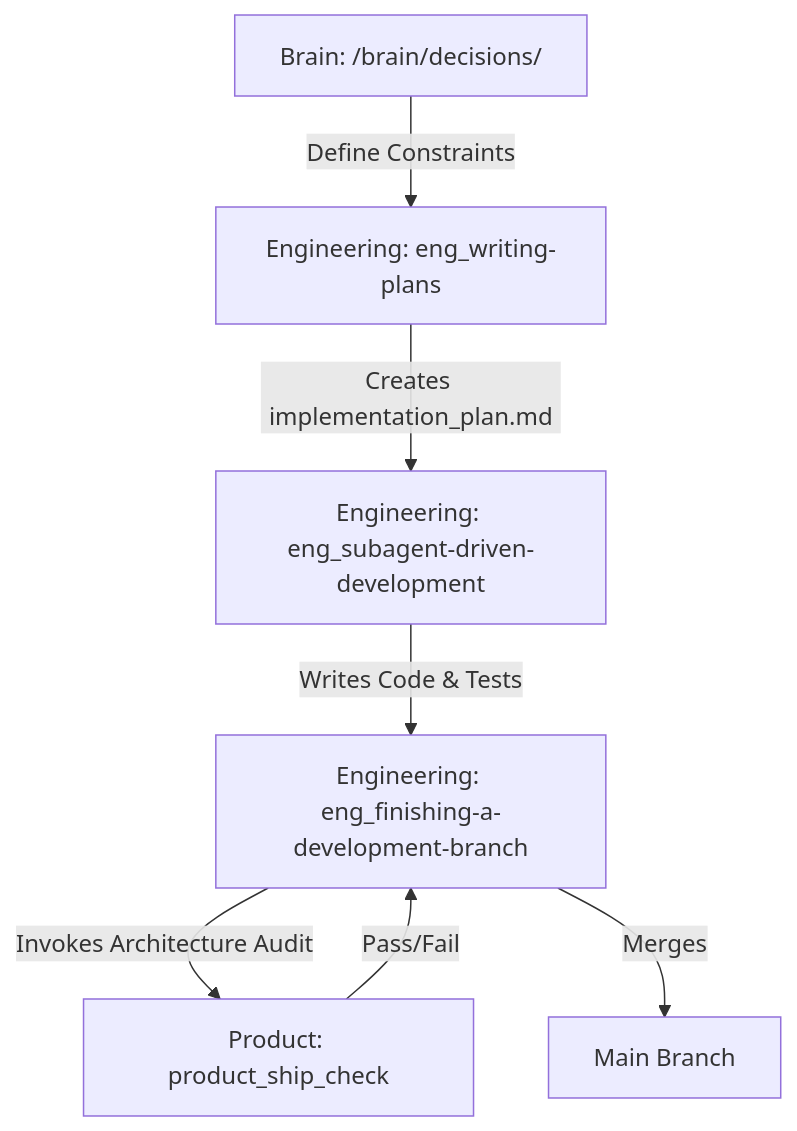
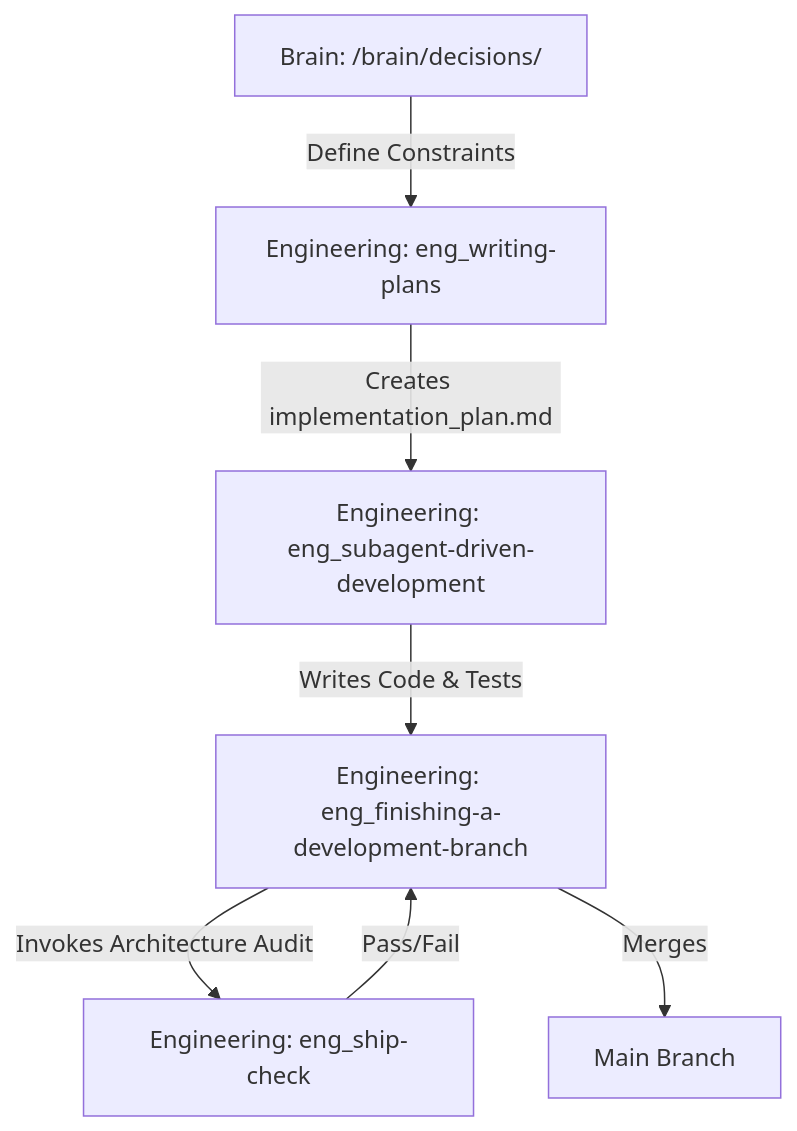
The diagram in README.md (0tt049/SoloFounderFramework), drawn with Mermaid before and after one commit. The commit also changed other lines of this file and 216 other files, not shown here.

First line of the commit message:
docs: rewrite README.md in English and update architecture diagram

````diff
--- a/README.md
+++ b/README.md
@@ -17,9 +17,9 @@
 ```mermaid
 graph TD
     B[Brain: /brain/decisions/] -->|Define Constraints| W[Engineering: eng_writing-plans]
     W -->|Creates implementation_plan.md| SDD[Engineering: eng_subagent-driven-development]
     SDD -->|Writes Code & Tests| FDB[Engineering: eng_finishing-a-development-branch]
-    FDB -->|Invokes Architecture Audit| SC[Product: product_ship_check]
+    FDB -->|Invokes Architecture Audit| SC[Engineering: eng_ship-check]
     SC -->|Pass/Fail| FDB
     FDB -->|Merges| Main[Main Branch]
 ```
````
